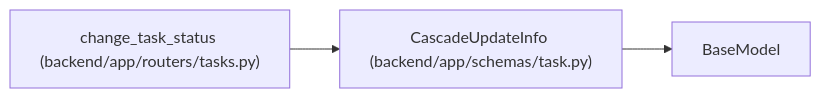
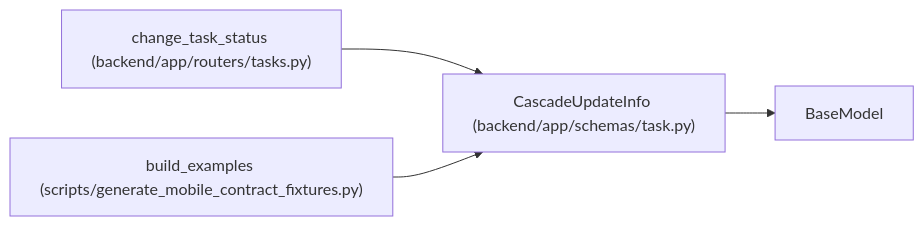
The diagram in docs/llm_wiki/entities/schemas_task_CascadeUpdateInfo.md (Denissvgn/WorkChord), drawn with Mermaid before and after one commit. The commit also changed other lines of this file and 6624 other files, not shown here.

````diff
--- a/docs/llm_wiki/entities/schemas_task_CascadeUpdateInfo.md
+++ b/docs/llm_wiki/entities/schemas_task_CascadeUpdateInfo.md
@@ -30,10 +30,13 @@
 ```mermaid
 flowchart LR
     n0["CascadeUpdateInfo (backend/app/schemas/task.py)"]
     n1["BaseModel"]
     n2["change_task_status (backend/app/routers/tasks.py)"]
+    n3["build_examples (scripts/generate_mobile_contract_fixtures.py)"]
     n0 --> n1
     n2 --> n0
+    n3 --> n0
     click n0 "../modules/schemas_task.md"
     click n2 "../modules/tasks.md"
+    click n3 "../modules/generate_mobile_contract_fixtures.md"
 ```
````
